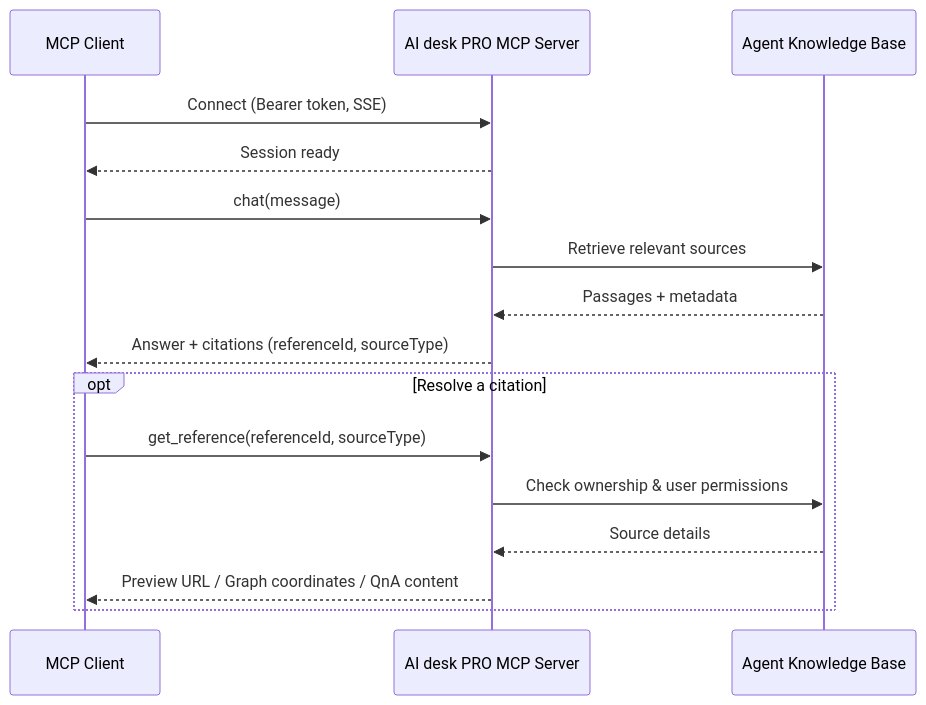
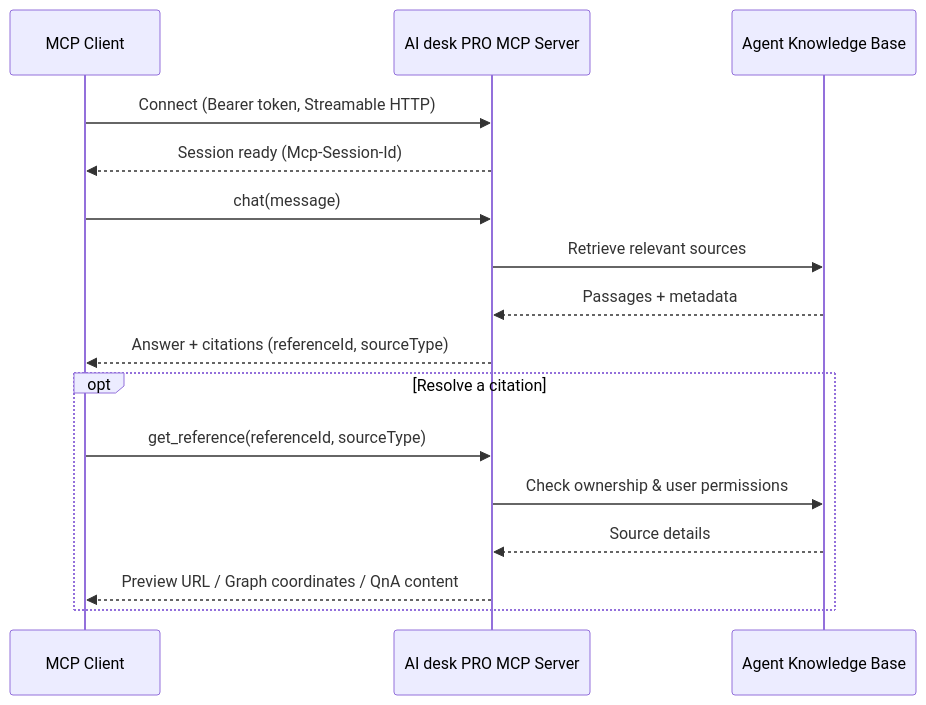
Before and after one commit to Witivio/Documentation: the diagram in src/solutions/aidesk-pro/fundamentals/mcp-server.md, drawn with Mermaid. The commit also changed other lines of this file, not shown here.

First line of the commit message:
Document Streamable HTTP transport and fix host/audience on AI Desk Pro MCP page

````diff
--- a/src/solutions/aidesk-pro/fundamentals/mcp-server.md
+++ b/src/solutions/aidesk-pro/fundamentals/mcp-server.md
@@ -23,21 +23,21 @@
 ```mermaid
 sequenceDiagram
     participant Client as MCP Client
     participant Server as AI desk PRO MCP Server
     participant KB as Agent Knowledge Base
 
-    Client->>Server: Connect (Bearer token, SSE)
-    Server-->>Client: Session ready
+    Client->>Server: Connect (Bearer token, Streamable HTTP)
+    Server-->>Client: Session ready (Mcp-Session-Id)
 
     Client->>Server: chat(message)
     Server->>KB: Retrieve relevant sources
     KB-->>Server: Passages + metadata
     Server-->>Client: Answer + citations (referenceId, sourceType)
 
     opt Resolve a citation
         Client->>Server: get_reference(referenceId, sourceType)
         Server->>KB: Check ownership & user permissions
         KB-->>Server: Source details
         Server-->>Client: Preview URL / Graph coordinates / QnA content
     end
 ```
````
